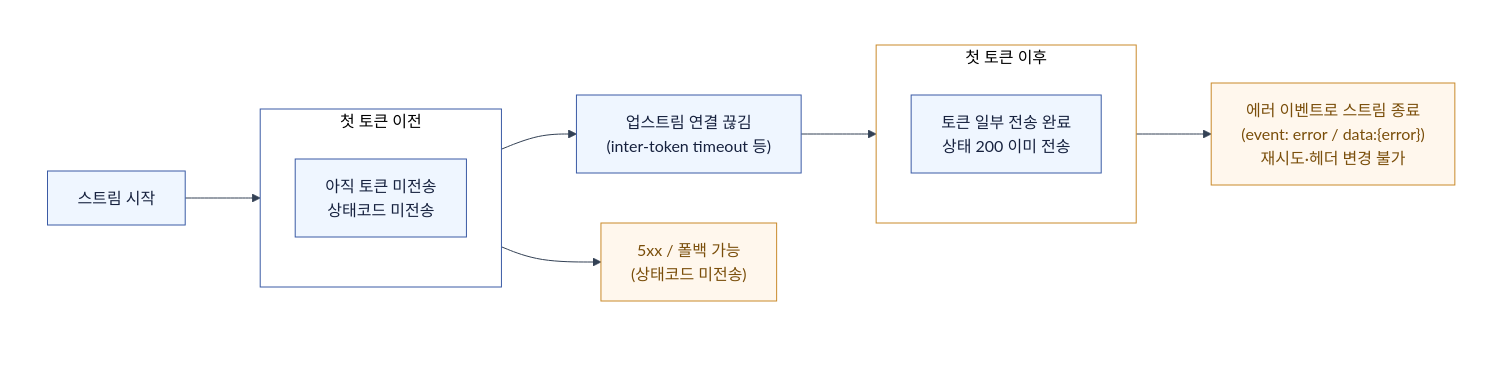
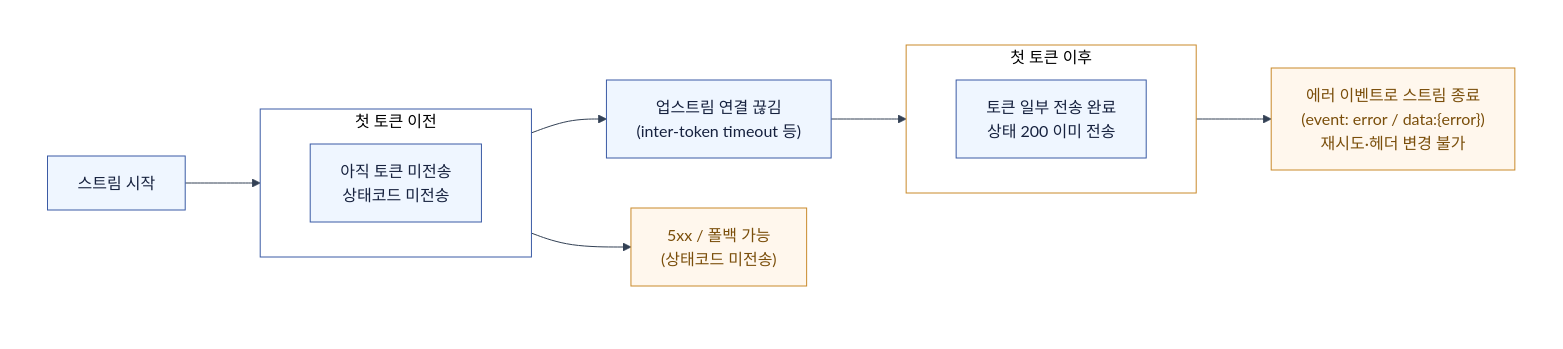
The eighth of 8 diagrams in computer-science/2606-모의면접-timeout.md (Hyune-s-lab/my-ai-study), drawn with Mermaid before and after one commit. The commit also changed other lines of this file and 11 other files, not shown here.

Commit message:
docs: CS 문서 3종 추가 + 기존 문서 다이어그램·레이아웃 개선 (#25)

````diff
--- a/computer-science/2606-모의면접-timeout.md
+++ b/computer-science/2606-모의면접-timeout.md
@@ -495,46 +492,46 @@
 ```mermaid
 ---
 config:
   theme: base
   darkMode: false
   themeVariables:
     background: "#ffffff"
     primaryColor: "#ffffff"
     primaryTextColor: "#111827"
     primaryBorderColor: "#475569"
     lineColor: "#334155"
     edgeLabelBackground: "#ffffff"
 ---
 flowchart LR
   subgraph canvas[" "]
     direction LR
 
     stream_start["스트림 시작"]
     subgraph before["첫 토큰 이전"]
-      direction TB
+      direction LR
       no_token["아직 토큰 미전송\n상태코드 미전송"]
     end
     subgraph after["첫 토큰 이후"]
-      direction TB
+      direction LR
       partial["토큰 일부 전송 완료\n상태 200 이미 전송"]
     end
     upstream_down["업스트림 연결 끊김\n(inter-token timeout 등)"]
 
     stream_start --> before
     before --> upstream_down
     upstream_down --> after
 
     before_fail["5xx / 폴백 가능\n(상태코드 미전송)"]
     after_error["에러 이벤트로 스트림 종료\n(event: error / data:{error})\n재시도·헤더 변경 불가"]
     before --> before_fail
     after --> after_error
   end
 
   classDef app fill:#EFF6FF,stroke:#3B5BA5,stroke-width:1px,color:#16213E
   classDef ctrl fill:#FFF7ED,stroke:#C98A2B,stroke-width:1px,color:#7A4E0A
   class stream_start,no_token,partial,upstream_down app
   class before_fail,after_error ctrl
   style before fill:#ffffff,stroke:#3B5BA5,stroke-width:1px
   style after fill:#ffffff,stroke:#C98A2B,stroke-width:1px
   style canvas fill:#ffffff,stroke:#ffffff,stroke-width:0px,color:#111827
 ```
````
